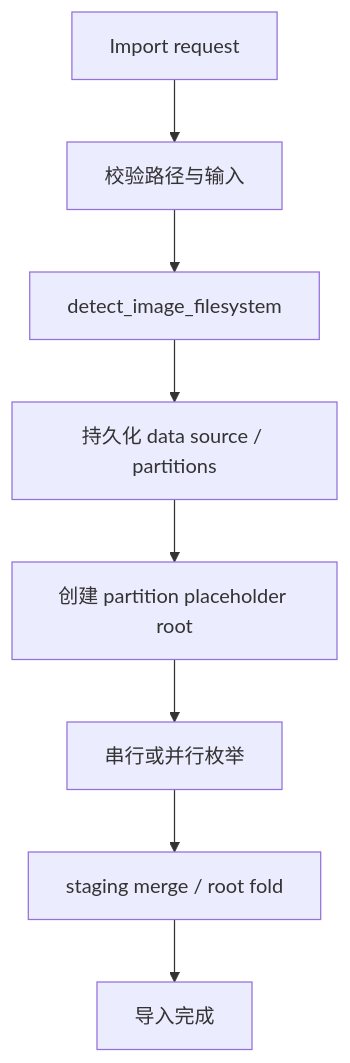
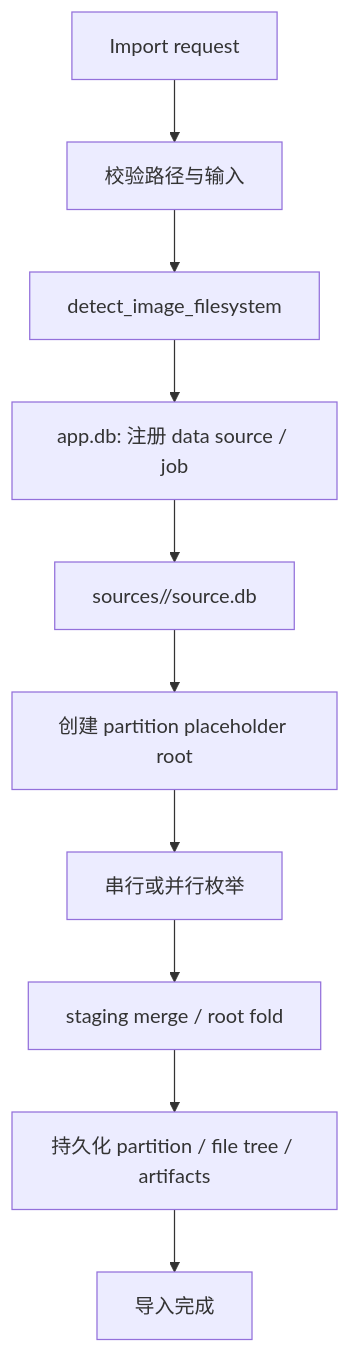
Before and after one commit to lQ-A-Ql/meow-detective: the seventh of 15 diagrams in docs/model-architecture-algorithm-diagrams.md, drawn with Mermaid. The commit also changed other lines of this file and 132 other files, not shown here.

````diff
--- a/docs/model-architecture-algorithm-diagrams.md
+++ b/docs/model-architecture-algorithm-diagrams.md
@@ -179,13 +195,15 @@
 ```mermaid
 flowchart TB
   Start["Import request"]
   Validate["校验路径与输入"]
   Probe["detect_image_filesystem"]
-  Persist["持久化 data source / partitions"]
+  Control["app.db: 注册 data source / job"]
+  SourceDb["sources/<dataSourceId>/source.db"]
+  Persist["持久化 partition / file tree / artifacts"]
   Placeholder["创建 partition placeholder root"]
   Enumerate["串行或并行枚举"]
   Merge["staging merge / root fold"]
   Finish["导入完成"]
 
-  Start --> Validate --> Probe --> Persist --> Placeholder --> Enumerate --> Merge --> Finish
+  Start --> Validate --> Probe --> Control --> SourceDb --> Placeholder --> Enumerate --> Merge --> Persist --> Finish
 ```
````
